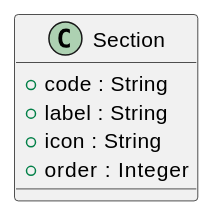
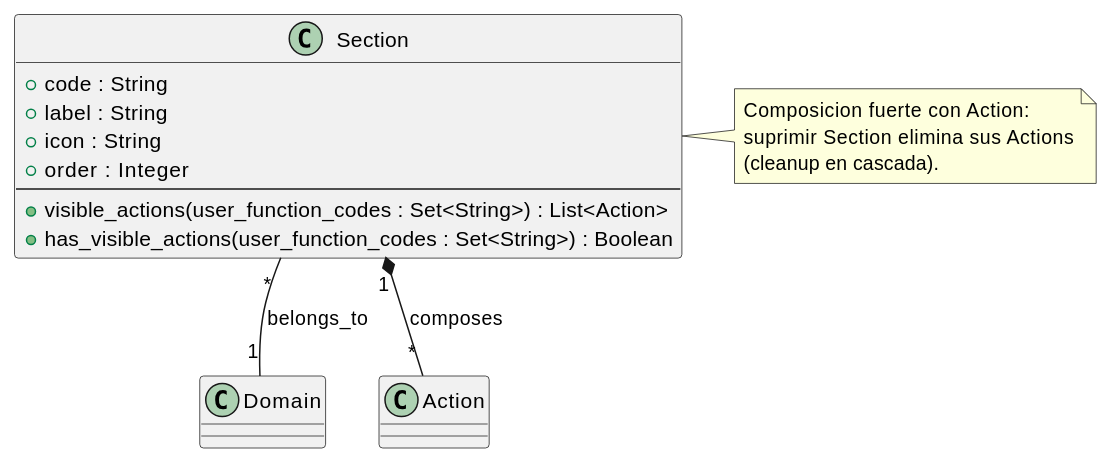
One commit to jcg-admin/IACT-docs changed the diagram in source/arquitectura-tecnica/domain-model/section.rst. Above: the diagram before and after it, drawn with PlantUML. The commit also changed other lines of this file and 10 other files, not shown here.

```diff
--- a/source/arquitectura-tecnica/domain-model/section.rst
+++ b/source/arquitectura-tecnica/domain-model/section.rst
@@ -25,13 +30,29 @@
 .. uml::
- :caption: Clase Section — stub pendiente de desarrollo.
+ :caption: Clase Section — agrupador funcional de Action
+           dentro de un Domain de navegación.
 
  @startuml
 
  class Section {
-  + code : String
-  + label : String
-  + icon : String
-  + order : Integer
+   + code : String
+   + label : String
+   + icon : String
+   + order : Integer
+   --
+   + visible_actions(user_function_codes : Set<String>) : List<Action>
+   + has_visible_actions(user_function_codes : Set<String>) : Boolean
  }
 
+ class Domain
+ class Action
+
+ Section "*" -- "1" Domain : belongs_to
+ Section "1" *-- "*" Action : composes
+
+ note right of Section
+   Composicion fuerte con Action:
+   suprimir Section elimina sus Actions
+   (cleanup en cascada).
+ end note
+
  @enduml
```
